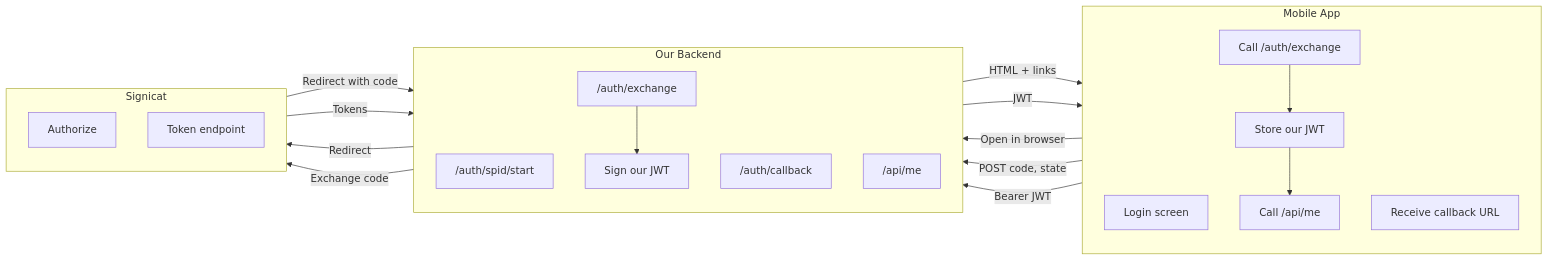
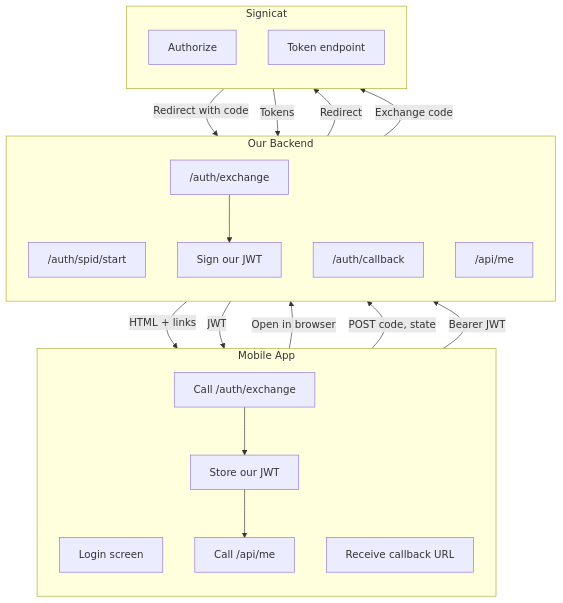
The third of 8 diagrams in DOCUMENTATION.md (ss-vijayvavdiya/ionic-spid-poc-crs), drawn with Mermaid before and after one commit.

Commit message:
mermaid diagram updated

````diff
--- a/DOCUMENTATION.md
+++ b/DOCUMENTATION.md
@@ -123,37 +123,37 @@
 ```mermaid
-flowchart LR
+flowchart TB
     subgraph App["Mobile App"]
         direction TB
         A1[Login screen]
         A2[Receive callback URL]
         A3["Call /auth/exchange"]
         A4[Store our JWT]
         A5["Call /api/me"]
     end
     subgraph Backend["Our Backend"]
         direction TB
         B1["/auth/spid/start"]
         B2["/auth/callback"]
         B3["/auth/exchange"]
         B4[Sign our JWT]
         B5["/api/me"]
     end
     subgraph Signicat["Signicat"]
         direction TB
         S1[Authorize]
         S2[Token endpoint]
     end
     A1 ~~~ B1 ~~~ S1
     A1 -->|"Open in browser"| B1
     B1 -->|"Redirect"| S1
     S1 -->|"Redirect with code"| B2
     B2 -->|"HTML + links"| A2
     A2 -->|"POST code, state"| B3
     B3 -->|"Exchange code"| S2
     S2 -->|"Tokens"| B3
     B3 --> B4
     B4 -->|"JWT"| A3
     A3 --> A4
     A4 --> A5
     A5 -->|"Bearer JWT"| B5
 ```
````
